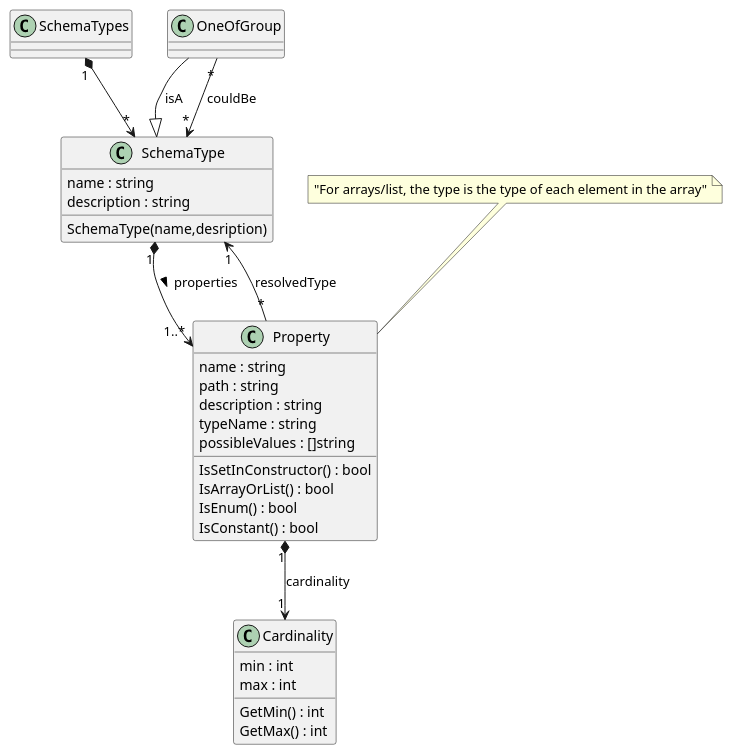
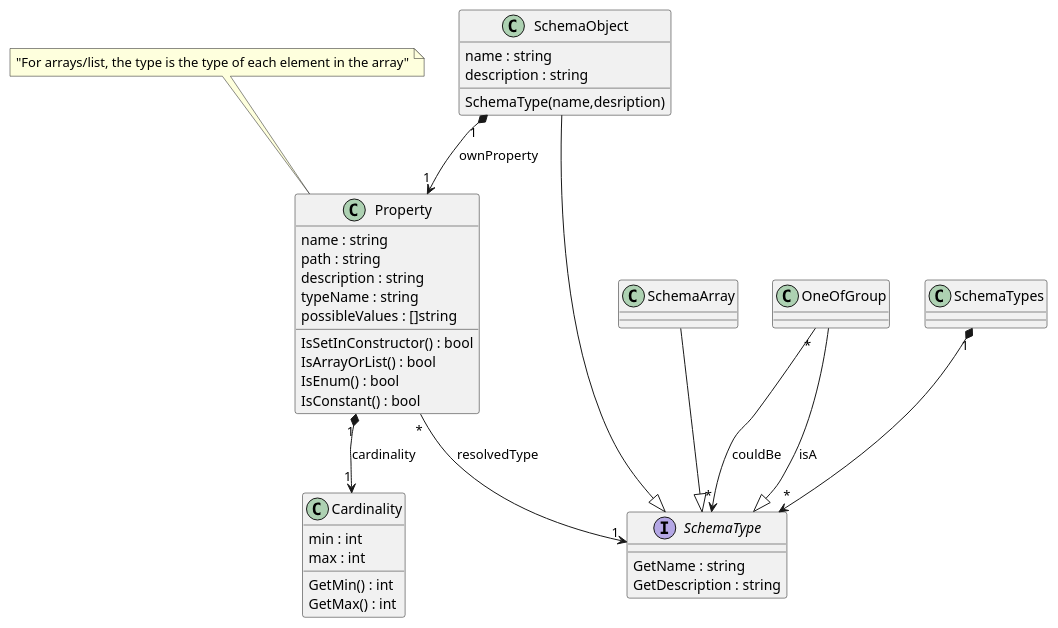
One commit to techcobweb/openapi2beans changed the diagram in uml/schema-types.plantuml. Above: the diagram before and after it, drawn with PlantUML. The commit also changed 15 other files, not shown here.

```diff
--- a/uml/schema-types.plantuml
+++ b/uml/schema-types.plantuml
@@ -1,52 +1,65 @@
 @startuml "schema-types"
 
 class SchemaTypes {
 } 
 
 SchemaTypes "1" *--> "*" SchemaType
 
-class SchemaType {
+interface SchemaType {
+    {method} GetName : string
+    {method} GetDescription : string
+}
+
+class SchemaObject {
     {field} name : string
     {field} description : string
-
     {method} SchemaType(name,desription)
 }
+
+SchemaObject --|> SchemaType
+SchemaObject "1" *--> "1" Property : ownProperty
+
+class SchemaArray {
+}
+
+SchemaArray --|> SchemaType
+
 
 
 class Property {
     {field} name : string
     {field} path : string
     {field} description : string
     {field} typeName : string
     {field} possibleValues : []string
 
     {method} IsSetInConstructor() : bool
     {method} IsArrayOrList() : bool
     {method} IsEnum() : bool
     {method} IsConstant() : bool
 }
 
 note top of Property : "For arrays/list, the type is the type of each element in the array"
 
 
 Property "*" --> "1" SchemaType : resolvedType 
 
 Property "1" *--> "1" Cardinality : cardinality
 
 class Cardinality {
     {field} min : int
     {field} max : int
 
     {method} GetMin() : int
     {method} GetMax() : int
 }
 
 class OneOfGroup {
 }
 OneOfGroup --|> SchemaType : isA
 OneOfGroup "*" --> "*" SchemaType : couldBe
 
-SchemaType "1" *--> "1..*" Property : properties >
+
 
 
 @enduml
```
